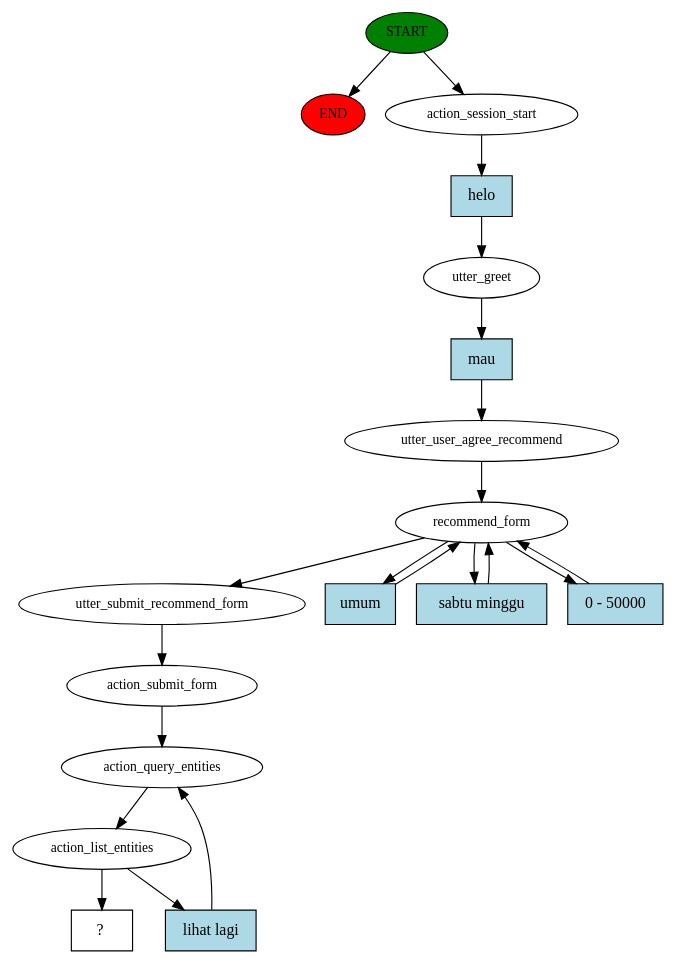
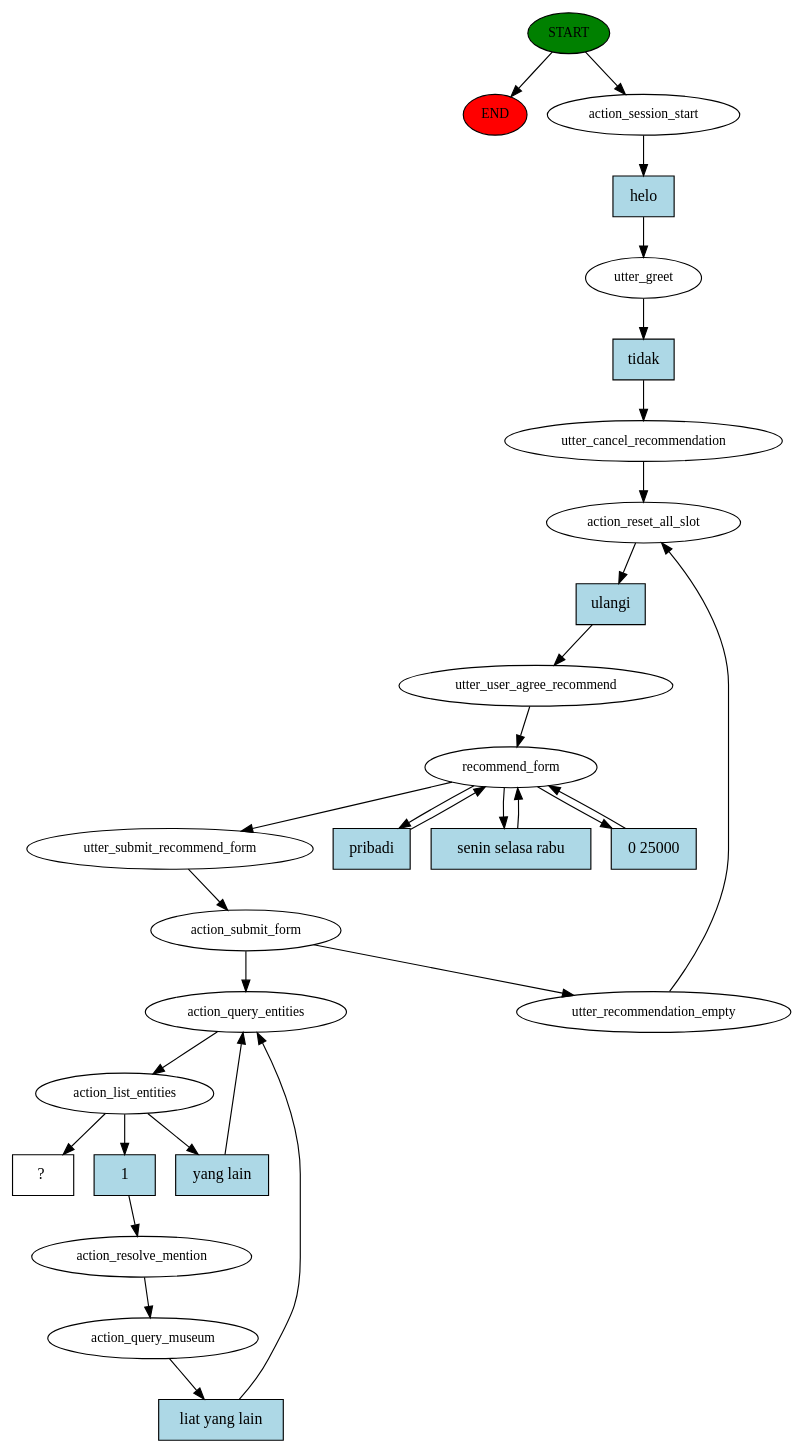
One commit to reykim7124/chatbot_recsys_museum changed the diagram in story_graph.dot. Above: the diagram before and after it, drawn with Graphviz. The commit also changed 7 other files, not shown here.

```diff
--- a/story_graph.dot
+++ b/story_graph.dot
@@ -1,39 +1,57 @@
 digraph  {
 0 [class="start active", fillcolor=green, fontsize=12, label=START, style=filled];
 "-1" [class=end, fillcolor=red, fontsize=12, label=END, style=filled];
 1 [class=active, fontsize=12, label=action_session_start];
 2 [class=active, fontsize=12, label=utter_greet];
-3 [class=active, fontsize=12, label=utter_user_agree_recommend];
-4 [class=active, fontsize=12, label=recommend_form];
-8 [class=active, fontsize=12, label=utter_submit_recommend_form];
-9 [class=active, fontsize=12, label=action_submit_form];
-10 [class=active, fontsize=12, label=action_query_entities];
-11 [class=active, fontsize=12, label=action_list_entities];
-14 [class="intent dashed active", label="  ?  ", shape=rect];
-15 [class="intent active", fillcolor=lightblue, label=helo, shape=rect, style=filled];
-16 [class="intent active", fillcolor=lightblue, label=mau, shape=rect, style=filled];
-17 [class="intent active", fillcolor=lightblue, label=umum, shape=rect, style=filled];
-18 [class="intent active", fillcolor=lightblue, label="sabtu minggu", shape=rect, style=filled];
-19 [class="intent active", fillcolor=lightblue, label="0 - 50000", shape=rect, style=filled];
-20 [class="intent active", fillcolor=lightblue, label="lihat lagi", shape=rect, style=filled];
+3 [class=active, fontsize=12, label=utter_cancel_recommendation];
+4 [class=active, fontsize=12, label=action_reset_all_slot];
+5 [class=active, fontsize=12, label=utter_user_agree_recommend];
+6 [class=active, fontsize=12, label=recommend_form];
+10 [class=active, fontsize=12, label=utter_submit_recommend_form];
+11 [class=active, fontsize=12, label=action_submit_form];
+12 [class=active, fontsize=12, label=utter_recommendation_empty];
+21 [class=active, fontsize=12, label=action_query_entities];
+22 [class=active, fontsize=12, label=action_list_entities];
+25 [class=active, fontsize=12, label=action_resolve_mention];
+26 [class=active, fontsize=12, label=action_query_museum];
+29 [class="intent dashed active", label="  ?  ", shape=rect];
+30 [class="intent active", fillcolor=lightblue, label=helo, shape=rect, style=filled];
+31 [class="intent active", fillcolor=lightblue, label=tidak, shape=rect, style=filled];
+32 [class="intent active", fillcolor=lightblue, label=ulangi, shape=rect, style=filled];
+33 [class="intent active", fillcolor=lightblue, label=pribadi, shape=rect, style=filled];
+34 [class="intent active", fillcolor=lightblue, label="senin selasa rabu", shape=rect, style=filled];
+35 [class="intent active", fillcolor=lightblue, label="0 25000", shape=rect, style=filled];
+36 [class="intent active", fillcolor=lightblue, label="yang lain", shape=rect, style=filled];
+37 [class="intent active", fillcolor=lightblue, label=1, shape=rect, style=filled];
+38 [class="intent active", fillcolor=lightblue, label="liat yang lain", shape=rect, style=filled];
 0 -> "-1"  [class="", key=NONE, label=""];
 0 -> 1  [class=active, key=NONE, label=""];
-1 -> 15  [class=active, key=0];
-2 -> 16  [class=active, key=0];
+1 -> 30  [class=active, key=0];
+2 -> 31  [class=active, key=0];
 3 -> 4  [class=active, key=NONE, label=""];
-4 -> 8  [class=active, key=NONE, label=""];
-4 -> 17  [class=active, key=0];
-4 -> 18  [class=active, key=0];
-4 -> 19  [class=active, key=0];
-8 -> 9  [class=active, key=NONE, label=""];
-9 -> 10  [class=active, key=NONE, label=""];
+4 -> 32  [class=active, key=0];
+5 -> 6  [class=active, key=NONE, label=""];
+6 -> 10  [class=active, key=NONE, label=""];
+6 -> 33  [class=active, key=0];
+6 -> 34  [class=active, key=0];
+6 -> 35  [class=active, key=0];
 10 -> 11  [class=active, key=NONE, label=""];
-11 -> 14  [class=active, key=NONE, label=""];
-11 -> 20  [class=active, key=0];
-15 -> 2  [class=active, key=0];
-16 -> 3  [class=active, key=0];
-17 -> 4  [class=active, key=0];
-18 -> 4  [class=active, key=0];
-19 -> 4  [class=active, key=0];
-20 -> 10  [class=active, key=0];
+11 -> 12  [class=active, key=NONE, label=""];
+11 -> 21  [class=active, key=NONE, label=""];
+12 -> 4  [class=active, key=NONE, label=""];
+21 -> 22  [class=active, key=NONE, label=""];
+22 -> 29  [class=active, key=NONE, label=""];
+22 -> 36  [class=active, key=0];
+22 -> 37  [class=active, key=0];
+25 -> 26  [class=active, key=NONE, label=""];
+26 -> 38  [class=active, key=0];
+30 -> 2  [class=active, key=0];
+31 -> 3  [class=active, key=0];
+32 -> 5  [class=active, key=0];
+33 -> 6  [class=active, key=0];
+34 -> 6  [class=active, key=0];
+35 -> 6  [class=active, key=0];
+36 -> 21  [class=active, key=0];
+37 -> 25  [class=active, key=0];
+38 -> 21  [class=active, key=0];
 }
```
